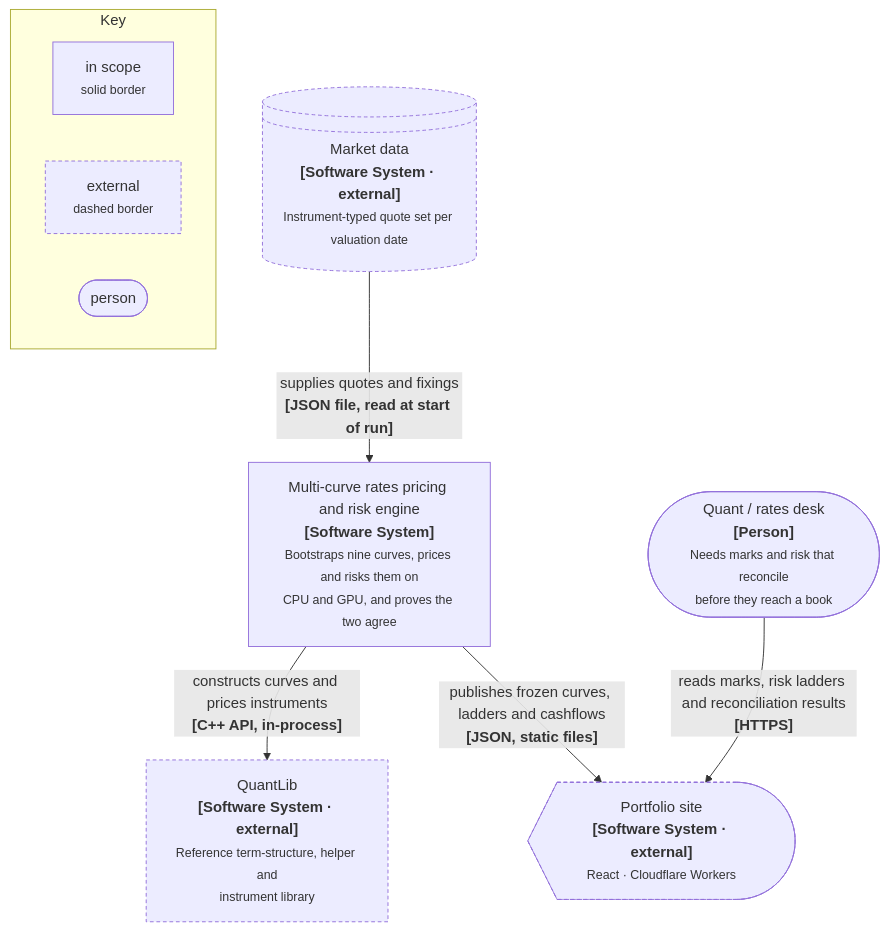
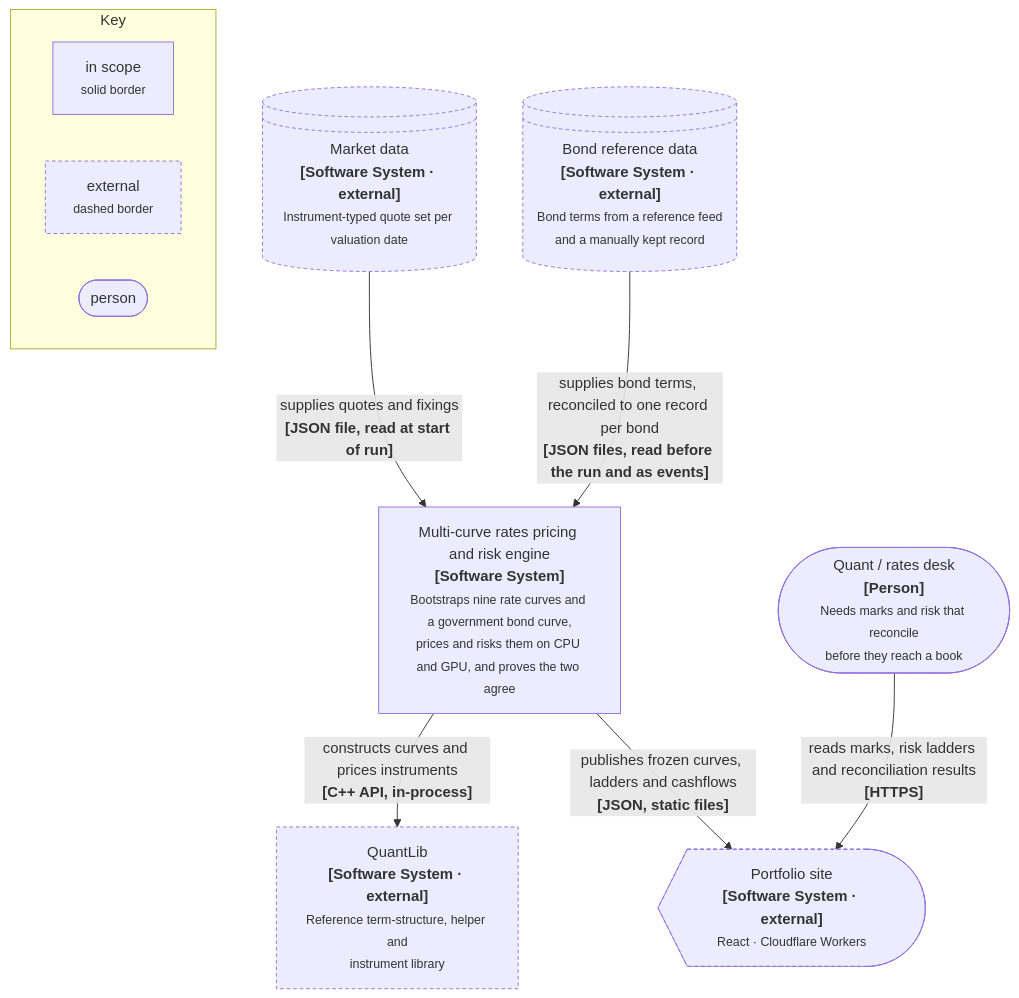
Before and after one commit to jrwglover/portfolio: the diagram in src/components/dashboards/curve_model/diagrams/c4-context.mmd, drawn with Mermaid. The commit also changed 25 other files, not shown here.

Commit message:
Government bond desk on the live stage: recorded bond prices and static records, relative value and the bond book per set; bond maths in the notes; bond lane in the architecture and curve graph; session re-exported with seventeen sets

```diff
--- a/src/components/dashboards/curve_model/diagrams/c4-context.mmd
+++ b/src/components/dashboards/curve_model/diagrams/c4-context.mmd
@@ -1,27 +1,29 @@
 %% C4 Level 1: System Context.
 %% C4 notation rules followed here: every element carries name, [type], and a
 %% description; every relationship is labelled with intent AND technology.
 flowchart TB
   Q(["Quant / rates desk<br/><b>[Person]</b><br/><small>Needs marks and risk that reconcile<br/>before they reach a book</small>"])
 
-  SYS["Multi-curve rates pricing and risk engine<br/><b>[Software System]</b><br/><small>Bootstraps nine curves, prices and risks them on<br/>CPU and GPU, and proves the two agree</small>"]
+  SYS["Multi-curve rates pricing and risk engine<br/><b>[Software System]</b><br/><small>Bootstraps nine rate curves and a government bond curve,<br/>prices and risks them on CPU and GPU, and proves the two agree</small>"]
 
   MKT@{ shape: lin-cyl, label: "Market data<br/><b>[Software System · external]</b><br/><small>Instrument-typed quote set per valuation date</small>" }
+  REF@{ shape: lin-cyl, label: "Bond reference data<br/><b>[Software System · external]</b><br/><small>Bond terms from a reference feed<br/>and a manually kept record</small>" }
   QLIB["QuantLib<br/><b>[Software System · external]</b><br/><small>Reference term-structure, helper and<br/>instrument library</small>"]
   SITE@{ shape: curv-trap, label: "Portfolio site<br/><b>[Software System · external]</b><br/><small>React · Cloudflare Workers</small>" }
 
   MKT -->|"supplies quotes and fixings<br/><b>[JSON file, read at start of run]</b>"| SYS
+  REF -->|"supplies bond terms, reconciled to one record per bond<br/><b>[JSON files, read before the run and as events]</b>"| SYS
   SYS -->|"constructs curves and prices instruments<br/><b>[C++ API, in-process]</b>"| QLIB
   SYS -->|"publishes frozen curves, ladders and cashflows<br/><b>[JSON, static files]</b>"| SITE
   Q -->|"reads marks, risk ladders and reconciliation results<br/><b>[HTTPS]</b>"| SITE
 
   classDef ext stroke-dasharray:4 3
-  class MKT,QLIB,SITE ext
+  class MKT,REF,QLIB,SITE ext
 
   subgraph KEY[" Key "]
     direction LR
     K1["in scope<br/><small>solid border</small>"]
     K2["external<br/><small>dashed border</small>"]
     K3(["person"])
   end
   class K2 ext
```
